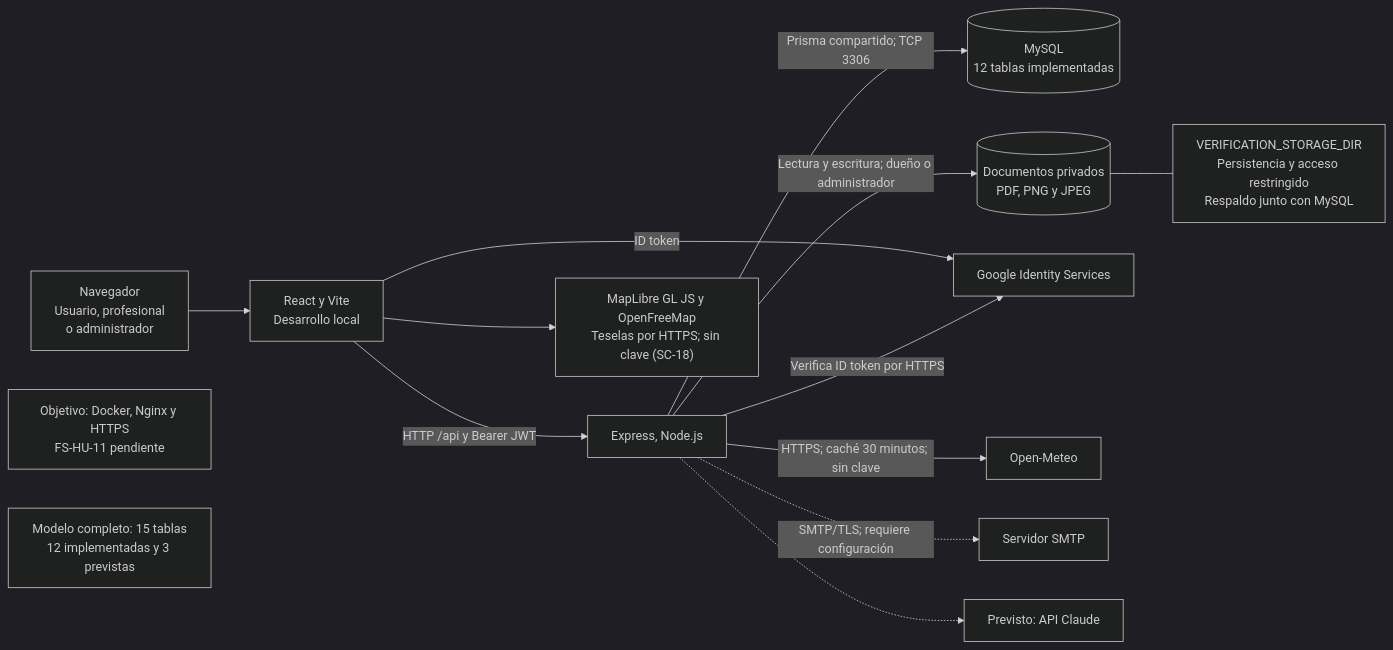
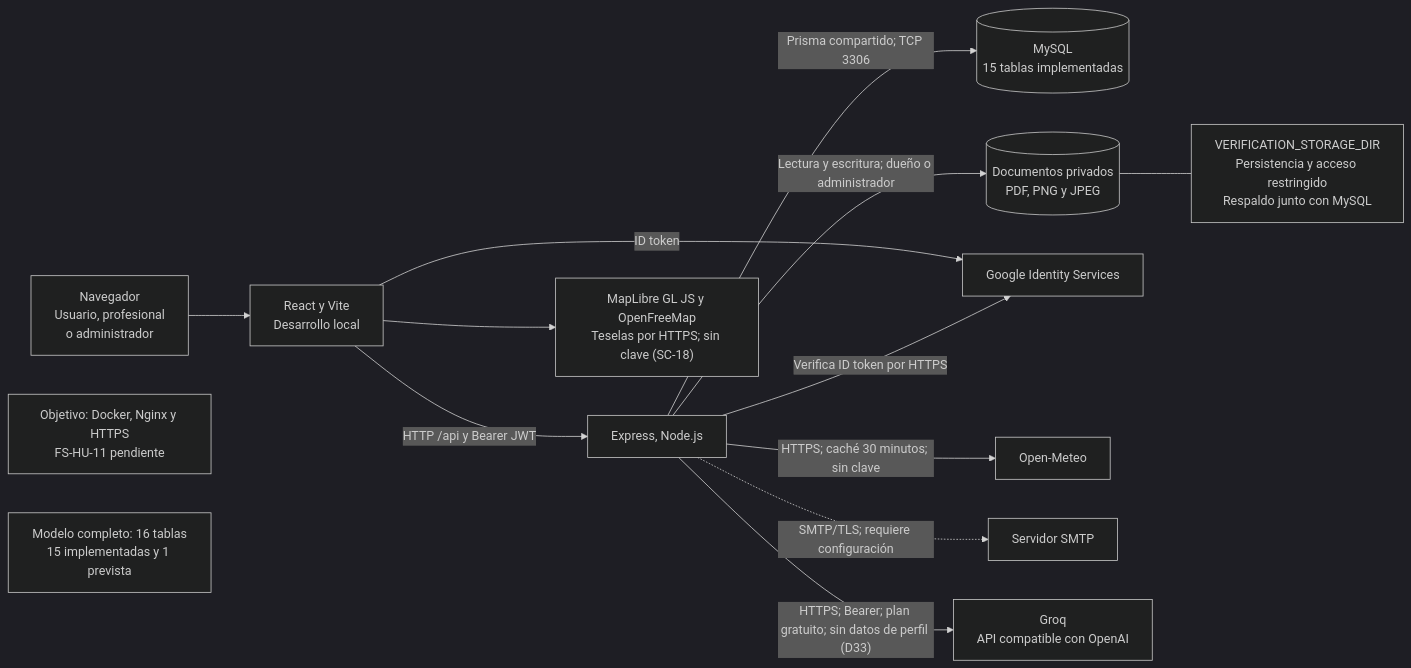
The diagram in FASE 2/Evidencias Proyecto/Evidencias de documentación/Diagramas (Miro)/Actualización Sprint 3/08_Vista_Fisica.mmd (rodriacr/FitSearch), drawn with Mermaid (dark theme) before and after one commit. The commit also changed 68 other files, not shown here.

Commit message:
FS-HU-07 y SC-25: asistente IA con Groq, DAS 1.25 y documentacion

```diff
--- a/FASE 2/Evidencias Proyecto/Evidencias de documentación/Diagramas (Miro)/Actualización Sprint 3/08_Vista_Fisica.mmd
+++ b/FASE 2/Evidencias Proyecto/Evidencias de documentación/Diagramas (Miro)/Actualización Sprint 3/08_Vista_Fisica.mmd
@@ -1,14 +1,14 @@
 flowchart LR
   U["Navegador<br/>Usuario, profesional<br/>o administrador"] --> F["React y Vite<br/>Desarrollo local"]
   F -->|"HTTP /api y Bearer JWT"| B["Express, Node.js"]
-  B -->|"Prisma compartido; TCP 3306"| D[("MySQL<br/>12 tablas implementadas")]
+  B -->|"Prisma compartido; TCP 3306"| D[("MySQL<br/>15 tablas implementadas")]
   B -->|"Lectura y escritura; dueño o administrador"| A[("Documentos privados<br/>PDF, PNG y JPEG")]
   A --- P["VERIFICATION_STORAGE_DIR<br/>Persistencia y acceso restringido<br/>Respaldo junto con MySQL"]
   F -->|"ID token"| I["Google Identity Services"]
   B -->|"Verifica ID token por HTTPS"| I
   B -->|"HTTPS; caché 30 minutos; sin clave"| O["Open-Meteo"]
   B -.->|"SMTP/TLS; requiere configuración"| S["Servidor SMTP"]
   F --> G["MapLibre GL JS y OpenFreeMap<br/>Teselas por HTTPS; sin clave (SC-18)"]
-  B -.-> C["Previsto: API Claude"]
+  B -->|"HTTPS; Bearer; plan gratuito; sin datos de perfil (D33)"| C["Groq<br/>API compatible con OpenAI"]
   N["Objetivo: Docker, Nginx y HTTPS<br/>FS-HU-11 pendiente"]
-  M["Modelo completo: 15 tablas<br/>12 implementadas y 3 previstas"]
+  M["Modelo completo: 16 tablas<br/>15 implementadas y 1 prevista"]
```
